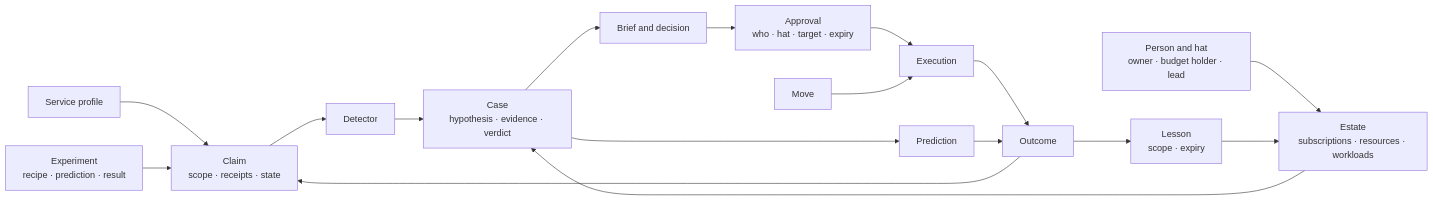
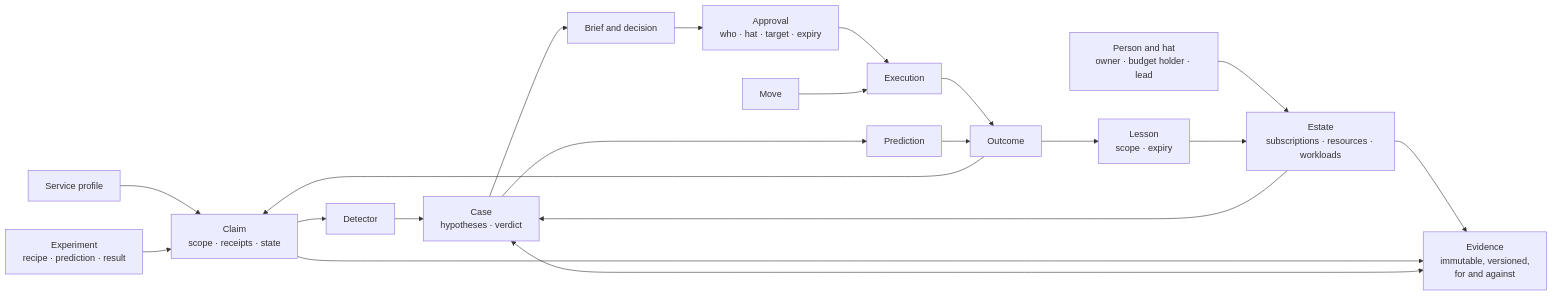
The first of 2 diagrams in docs/design/06-data-and-knowledge.md (tinodo/meternaut), drawn with Mermaid before and after one commit. The commit also changed other lines of this file and 23 other files, not shown here.

````diff
--- a/docs/design/06-data-and-knowledge.md
+++ b/docs/design/06-data-and-knowledge.md
@@ -23,33 +23,37 @@
 ```mermaid
 flowchart LR
     CL["Claim<br/>scope · receipts · state"]
     PR["Service profile"]
     DT["Detector"]
     MV["Move"]
     EX["Experiment<br/>recipe · prediction · result"]
     ES["Estate<br/>subscriptions · resources · workloads"]
     HU["Person and hat<br/>owner · budget holder · lead"]
     LS["Lesson<br/>scope · expiry"]
-    CA["Case<br/>hypothesis · evidence · verdict"]
+    CA["Case<br/>hypotheses · verdict"]
+    EV["Evidence<br/>immutable, versioned,<br/>for and against"]
     BR["Brief and decision"]
     AP["Approval<br/>who · hat · target · expiry"]
     XC["Execution"]
     OC["Outcome"]
     PD["Prediction"]
     PR --> CL
     CL --> DT
     DT --> CA
     EX --> CL
     ES --> CA
+    ES --> EV
+    CL --> EV
+    CA <--> EV
     HU --> ES
     LS --> ES
     CA --> BR
     BR --> AP
     AP --> XC
     MV --> XC
     XC --> OC
     PD --> OC
     OC --> LS
     OC --> CL
     CA --> PD
 ```
````
